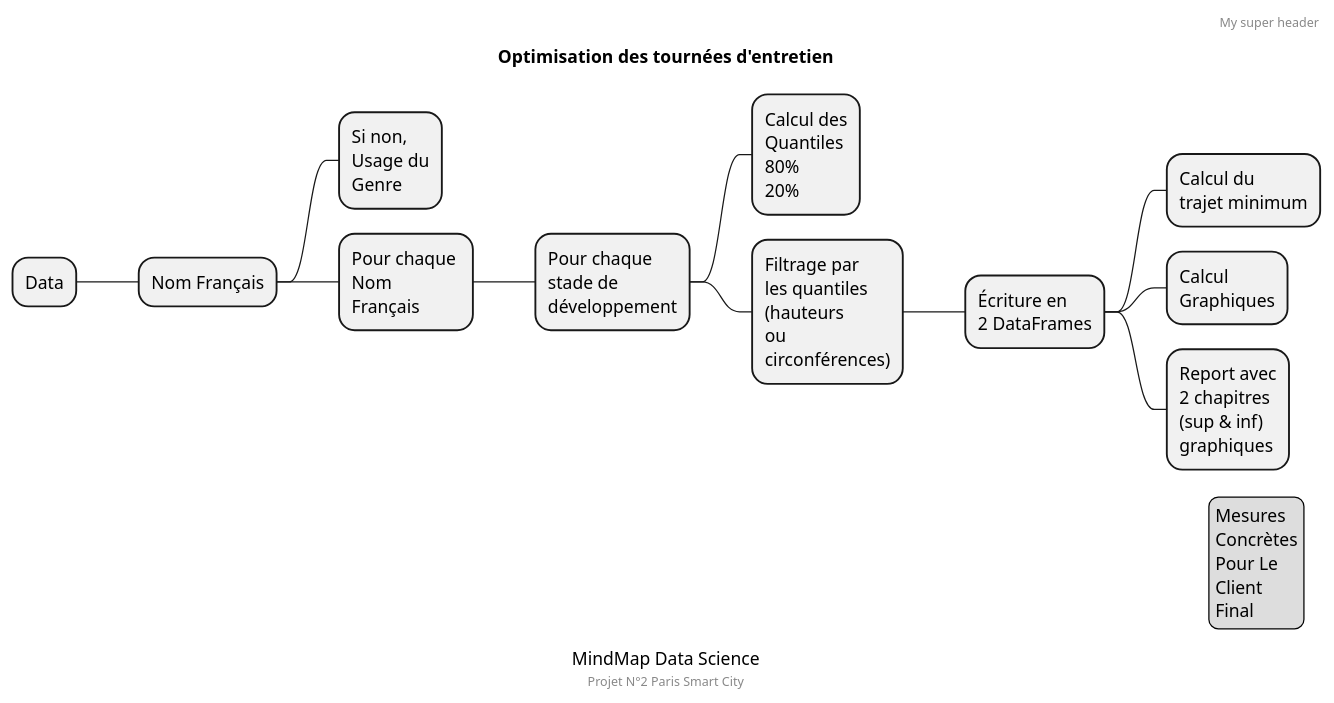
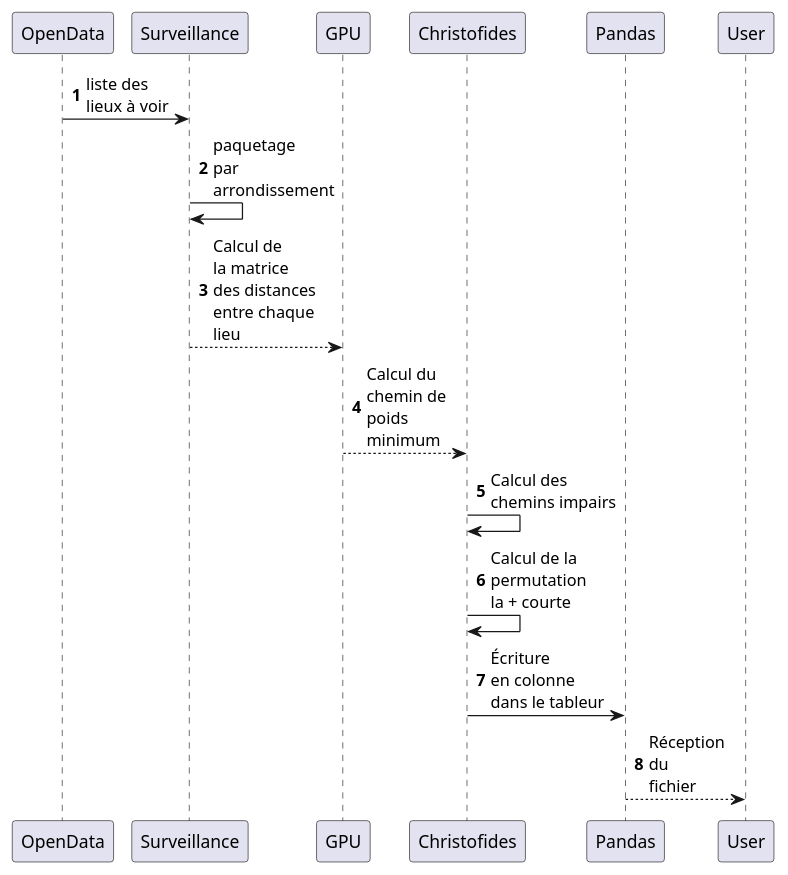
The diagram in algorithme.puml (sha-cmd/Vegeta), drawn with PlantUML before and after one commit.

Commit message:
Explication de l'analyse univariée.

```diff
--- a/algorithme.puml
+++ b/algorithme.puml
@@ -1,32 +1,14 @@
-@startmindmap
-'https://plantuml.com/mindmap-diagram
+@startuml
+'https://plantuml.com/sequence-diagram
 
-caption MindMap Data Science
-title Optimisation des tournées d'entretien
+autonumber
 
-* Data
-** Nom Français
-*** Si non,\nUsage du\nGenre
-*** Pour chaque \nNom\nFrançais
-**** Pour chaque\nstade de\ndéveloppement
-***** Calcul des\nQuantiles\n80%\n20%
-***** Filtrage par\nles quantiles\n(hauteurs\nou\ncirconférences)
-****** Écriture en\n2 DataFrames
-******* Calcul du\ntrajet minimum
-******* Calcul\nGraphiques
-******* Report avec\n2 chapitres\n(sup & inf)\ngraphiques
-
-header
-My super header
-endheader
-
-center footer Projet N°2 Paris Smart City
-
-legend right
-  Mesures
-  Concrètes
-  Pour Le
-  Client
-  Final
-endlegend
-@endmindmap
+OpenData -> Surveillance: liste des\nlieux à voir
+Surveillance -> Surveillance: paquetage\npar\narrondissement
+Surveillance --> GPU: Calcul de\nla matrice\ndes distances\nentre chaque\nlieu
+GPU --> Christofides: Calcul du\nchemin de\npoids\nminimum
+Christofides -> Christofides: Calcul des\nchemins impairs
+Christofides -> Christofides: Calcul de la\npermutation\nla + courte
+Christofides -> Pandas: Écriture\nen colonne\ndans le tableur
+Pandas --> User: Réception\ndu\nfichier
+@enduml
```
